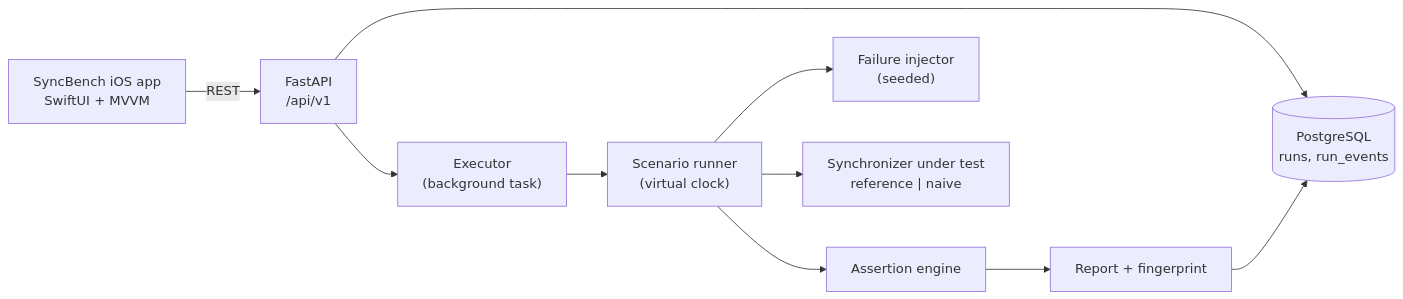
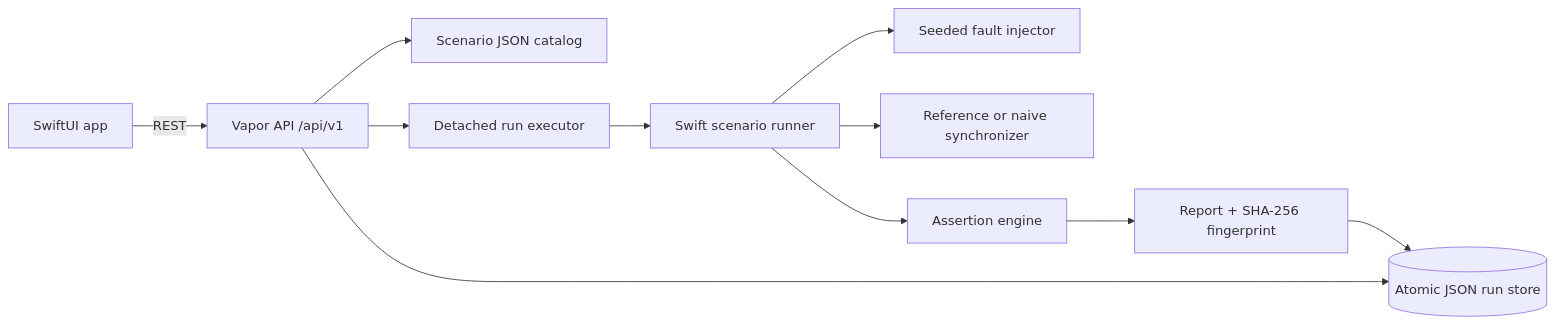
The diagram in docs/architecture.md (Indrasai-tech/syncbench), drawn with Mermaid before and after one commit. The commit also changed other lines of this file and 79 other files, not shown here.

Commit message:
Port SyncBench to Swift and publish simulator results

````diff
--- a/docs/architecture.md
+++ b/docs/architecture.md
@@ -3,12 +3,13 @@
 ```mermaid
 flowchart LR
-  iOS["SyncBench iOS app\nSwiftUI + MVVM"] -->|REST| API["FastAPI\n/api/v1"]
-  API --> DB[(PostgreSQL\nruns, run_events)]
-  API --> Exec["Executor\n(background task)"]
-  Exec --> Runner["Scenario runner\n(virtual clock)"]
-  Runner --> Inj["Failure injector\n(seeded)"]
-  Runner --> Sync["Synchronizer under test\nreference | naive"]
-  Runner --> Asr["Assertion engine"]
-  Asr --> Report["Report + fingerprint"]
-  Report --> DB
+  iOS["SwiftUI app"] -->|REST| API["Vapor API /api/v1"]
+  API --> Catalog["Scenario JSON catalog"]
+  API --> Executor["Detached run executor"]
+  Executor --> Runner["Swift scenario runner"]
+  Runner --> Faults["Seeded fault injector"]
+  Runner --> Sync["Reference or naive synchronizer"]
+  Runner --> Assertions["Assertion engine"]
+  Assertions --> Report["Report + SHA-256 fingerprint"]
+  API --> Store[("Atomic JSON run store")]
+  Report --> Store
 ```
````
